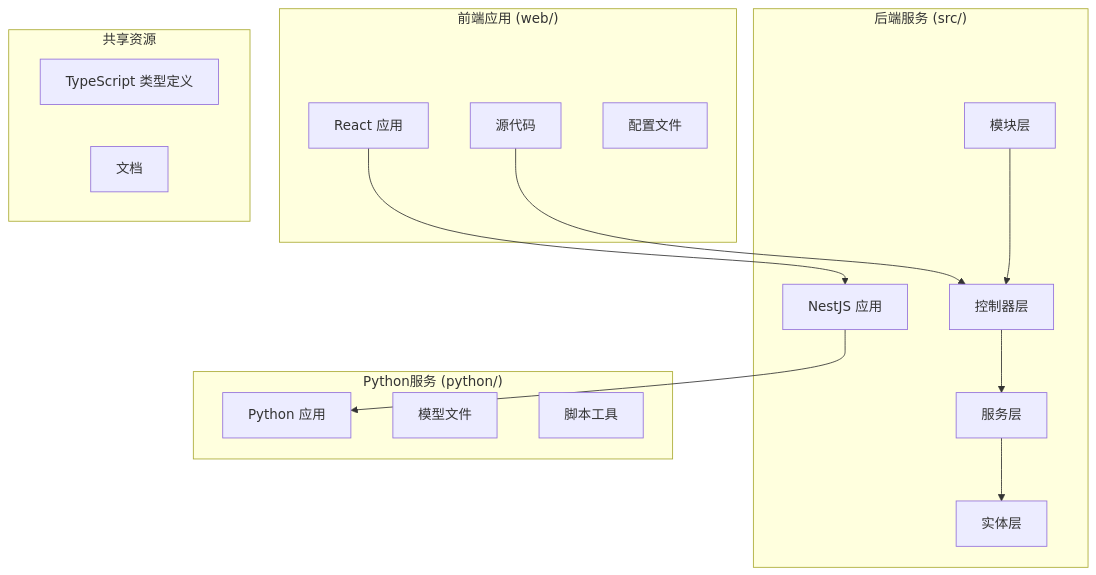
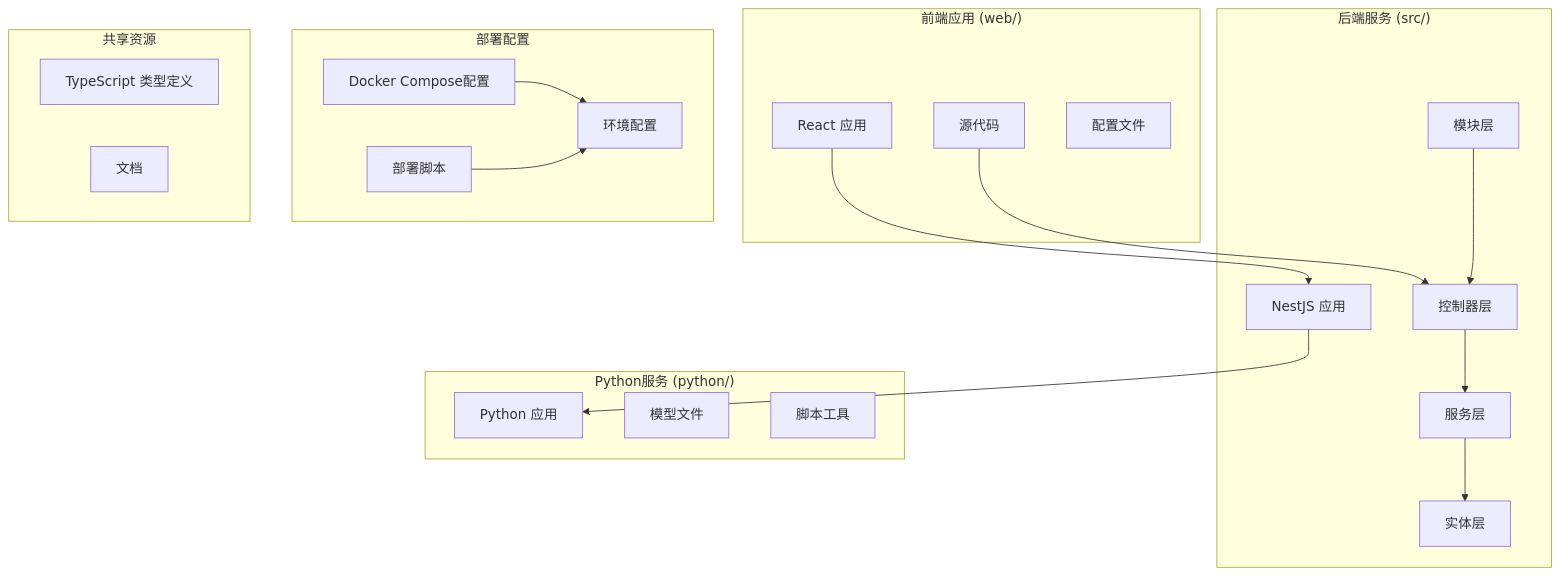
One commit to L1mingyoung/ex changed the first of 3 diagrams in .qoder/repowiki/zh/content/部署与运维/部署指南.md. Above: the diagram before and after it, drawn with Mermaid. The commit also changed other lines of this file and 16 other files, not shown here.

````diff
--- a/.qoder/repowiki/zh/content/部署与运维/部署指南.md
+++ b/.qoder/repowiki/zh/content/部署与运维/部署指南.md
@@ -53,30 +57,37 @@
 ```mermaid
 graph TB
 subgraph "前端应用 (web/)"
 ReactApp[React 应用]
 WebSrc[源代码]
 WebConfig[配置文件]
 end
 subgraph "后端服务 (src/)"
 NestApp[NestJS 应用]
 Controllers[控制器层]
 Services[服务层]
 Entities[实体层]
 Modules[模块层]
 end
 subgraph "Python服务 (python/)"
 PyApp[Python 应用]
 Models[模型文件]
 Scripts[脚本工具]
 end
+subgraph "部署配置"
+DockerCompose[Docker Compose配置]
+DeployScripts[部署脚本]
+EnvConfig[环境配置]
+end
 subgraph "共享资源"
 Types[TypeScript 类型定义]
 Docs[文档]
 end
 ReactApp --> NestApp
 NestApp --> PyApp
 WebSrc --> Controllers
 Controllers --> Services
 Services --> Entities
 Modules --> Controllers
+DockerCompose --> EnvConfig
+DeployScripts --> EnvConfig
 ```
````
